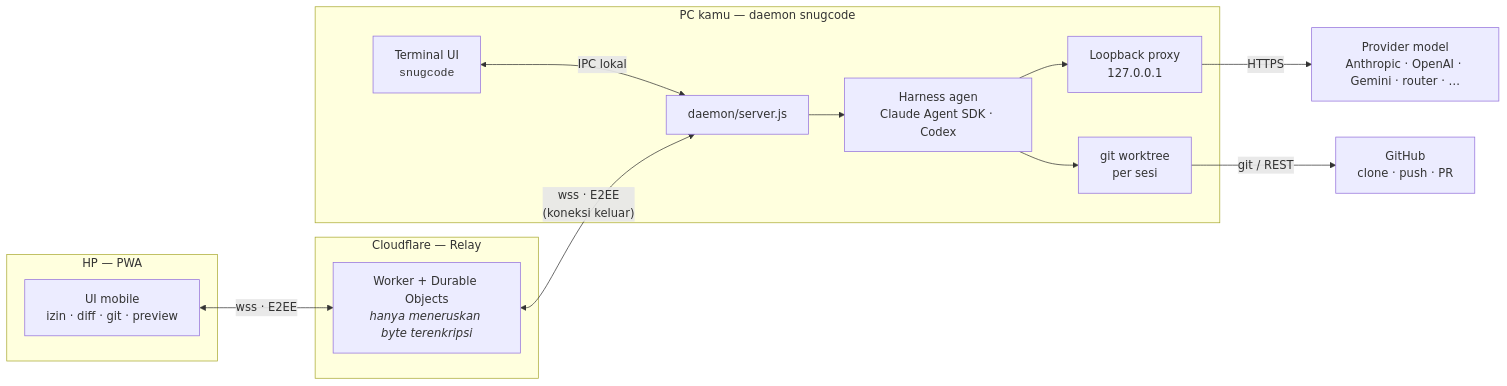
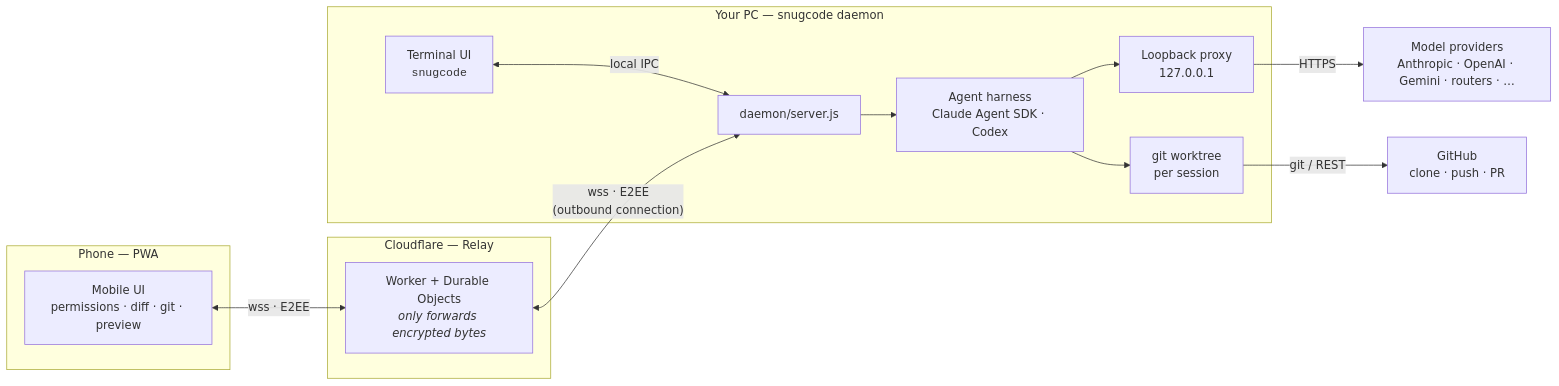
The first of 6 diagrams in README.md (arfakaisar/snugcode), drawn with Mermaid before and after one commit. The commit also changed other lines of this file and 100 other files, not shown here.

````diff
--- a/README.md
+++ b/README.md
@@ -234,29 +234,29 @@
 ```mermaid
 flowchart LR
-    subgraph HP["HP — PWA"]
-        UI["UI mobile<br/>izin · diff · git · preview"]
+    subgraph HP["Phone — PWA"]
+        UI["Mobile UI<br/>permissions · diff · git · preview"]
     end
 
     subgraph CF["Cloudflare — Relay"]
-        R["Worker + Durable Objects<br/><i>hanya meneruskan byte terenkripsi</i>"]
+        R["Worker + Durable Objects<br/><i>only forwards encrypted bytes</i>"]
     end
 
-    subgraph PC["PC kamu — daemon snugcode"]
+    subgraph PC["Your PC — snugcode daemon"]
         D["daemon/server.js"]
-        A["Harness agen<br/>Claude Agent SDK · Codex"]
+        A["Agent harness<br/>Claude Agent SDK · Codex"]
         P["Loopback proxy<br/>127.0.0.1"]
-        W["git worktree<br/>per sesi"]
+        W["git worktree<br/>per session"]
         T["Terminal UI<br/><code>snugcode</code>"]
         D --> A --> P
         A --> W
-        T <-- IPC lokal --> D
+        T <-- local IPC --> D
     end
 
-    AI["Provider model<br/>Anthropic · OpenAI · Gemini · router · …"]
+    AI["Model providers<br/>Anthropic · OpenAI · Gemini · routers · …"]
     GH["GitHub<br/>clone · push · PR"]
 
     UI <-- "wss · E2EE" --> R
-    R <-- "wss · E2EE<br/>(koneksi keluar)" --> D
+    R <-- "wss · E2EE<br/>(outbound connection)" --> D
     P -- HTTPS --> AI
     W -- git / REST --> GH
 ```
````
